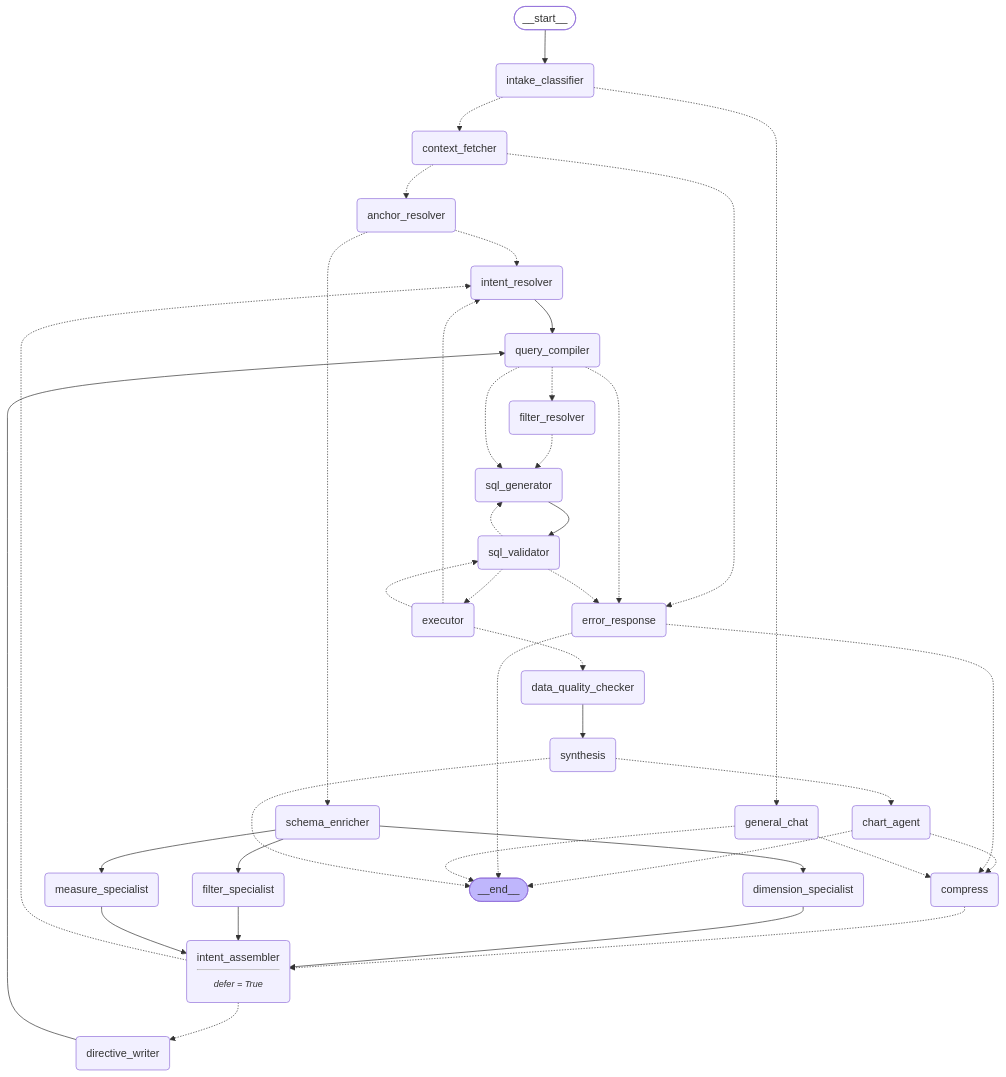
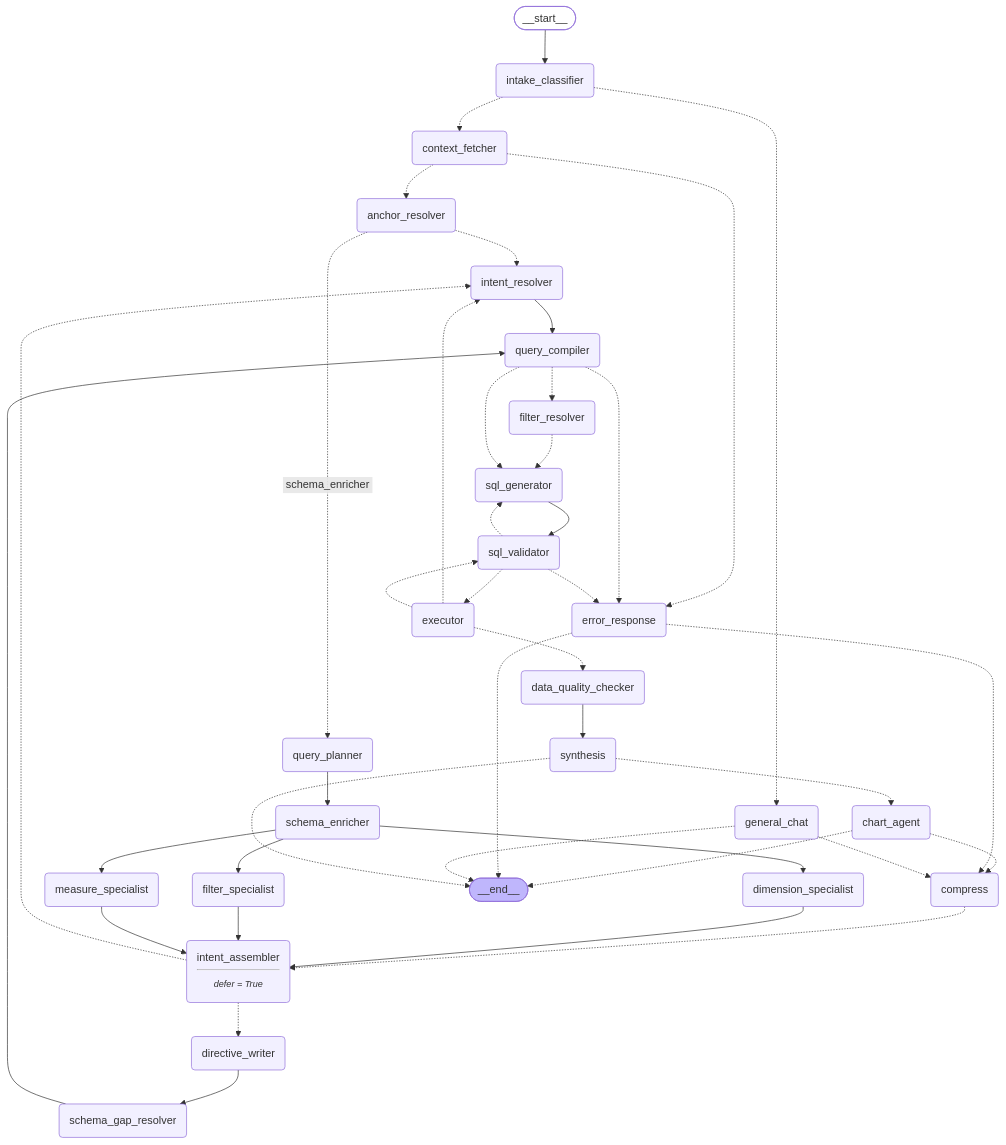
One commit to mayankdas2005/MTI-Brain changed the diagram in assets/analytics_graph.mmd. Above: the diagram before and after it, drawn with Mermaid. The commit also changed 31 other files, not shown here.

```diff
--- a/assets/analytics_graph.mmd
+++ b/assets/analytics_graph.mmd
@@ -1,65 +1,69 @@
 graph TD;
 	__start__([<p>__start__</p>]):::first
 	intake_classifier(intake_classifier)
 	general_chat(general_chat)
 	context_fetcher(context_fetcher)
 	anchor_resolver(anchor_resolver)
+	query_planner(query_planner)
 	schema_enricher(schema_enricher)
 	measure_specialist(measure_specialist)
 	filter_specialist(filter_specialist)
 	dimension_specialist(dimension_specialist)
 	intent_assembler(intent_assembler<hr/><small><em>defer = True</em></small>)
 	directive_writer(directive_writer)
+	schema_gap_resolver(schema_gap_resolver)
 	intent_resolver(intent_resolver)
 	query_compiler(query_compiler)
 	filter_resolver(filter_resolver)
 	sql_generator(sql_generator)
 	sql_validator(sql_validator)
 	executor(executor)
 	data_quality_checker(data_quality_checker)
 	synthesis(synthesis)
 	chart_agent(chart_agent)
 	error_response(error_response)
 	compress(compress)
 	__end__([<p>__end__</p>]):::last
 	__start__ --> intake_classifier;
 	anchor_resolver -.-> intent_resolver;
-	anchor_resolver -.-> schema_enricher;
+	anchor_resolver -. &nbsp;schema_enricher&nbsp; .-> query_planner;
 	chart_agent -.-> __end__;
 	chart_agent -.-> compress;
 	compress -.-> intent_assembler;
 	context_fetcher -.-> anchor_resolver;
 	context_fetcher -.-> error_response;
 	data_quality_checker --> synthesis;
 	dimension_specialist --> intent_assembler;
-	directive_writer --> query_compiler;
+	directive_writer --> schema_gap_resolver;
 	error_response -.-> __end__;
 	error_response -.-> compress;
 	executor -.-> data_quality_checker;
 	executor -.-> intent_resolver;
 	executor -.-> sql_validator;
 	filter_resolver -.-> sql_generator;
 	filter_specialist --> intent_assembler;
 	general_chat -.-> __end__;
 	general_chat -.-> compress;
 	intake_classifier -.-> context_fetcher;
 	intake_classifier -.-> general_chat;
 	intent_assembler -.-> directive_writer;
 	intent_assembler -.-> intent_resolver;
 	intent_resolver --> query_compiler;
 	measure_specialist --> intent_assembler;
 	query_compiler -.-> error_response;
 	query_compiler -.-> filter_resolver;
 	query_compiler -.-> sql_generator;
+	query_planner --> schema_enricher;
 	schema_enricher --> dimension_specialist;
 	schema_enricher --> filter_specialist;
 	schema_enricher --> measure_specialist;
+	schema_gap_resolver --> query_compiler;
 	sql_generator --> sql_validator;
 	sql_validator -.-> error_response;
 	sql_validator -.-> executor;
 	sql_validator -.-> sql_generator;
 	synthesis -.-> __end__;
 	synthesis -.-> chart_agent;
 	classDef default fill:#f2f0ff,line-height:1.2
 	classDef first fill-opacity:0
 	classDef last fill:#bfb6fc
```
